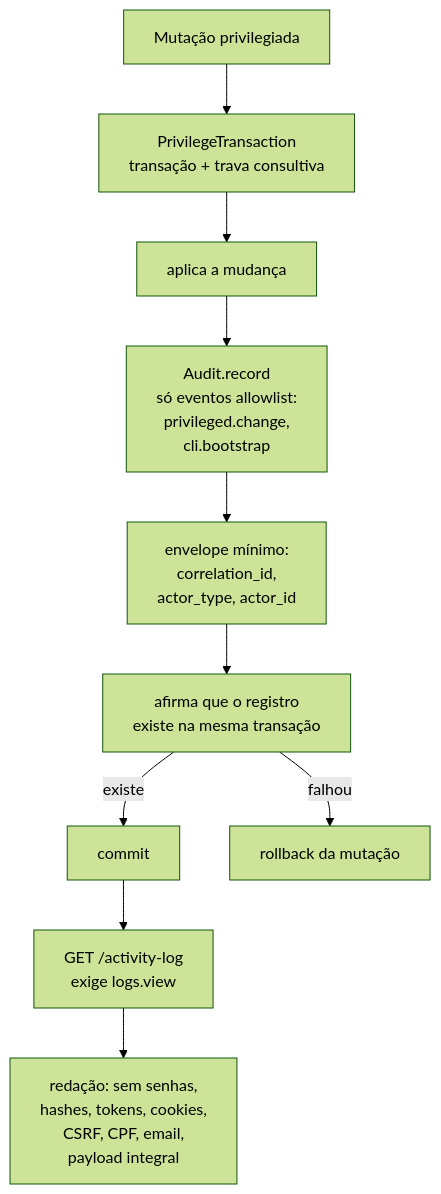
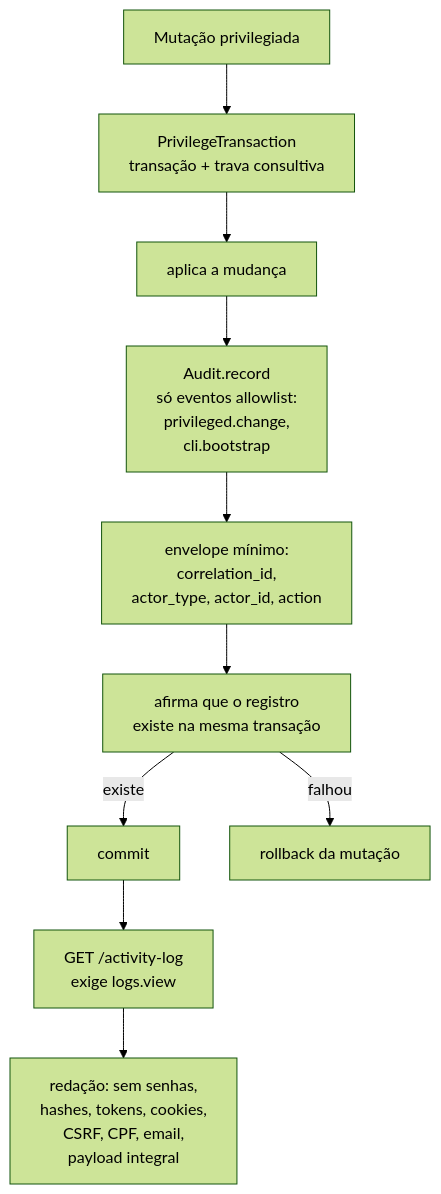
Before and after one commit to yanpenalva/starter-kit-api: the fourth of 4 diagrams in docs/03-arquitetura.md, drawn with Mermaid (forest theme). The commit also changed other lines of this file and 12 other files, not shown here.

````diff
--- a/docs/03-arquitetura.md
+++ b/docs/03-arquitetura.md
@@ -193,12 +193,12 @@
 ```mermaid
 flowchart TD
     M[Mutação privilegiada] --> TX[PrivilegeTransaction<br/>transação + trava consultiva]
     TX --> OP[aplica a mudança]
     OP --> AU[Audit.record<br/>só eventos allowlist:<br/>privileged.change,<br/>cli.bootstrap]
-    AU --> ENV[envelope mínimo:<br/>correlation_id,<br/>actor_type, actor_id]
+    AU --> ENV[envelope mínimo:<br/>correlation_id,<br/>actor_type, actor_id, action]
     ENV --> AS[afirma que o registro<br/>existe na mesma transação]
     AS -->|existe| CM[commit]
     AS -->|falhou| RB[rollback da mutação]
     CM --> LE[GET /activity-log<br/>exige logs.view]
     LE --> RD[redação: sem senhas,<br/>hashes, tokens, cookies,<br/>CSRF, CPF, email,<br/>payload integral]
 ```
````
